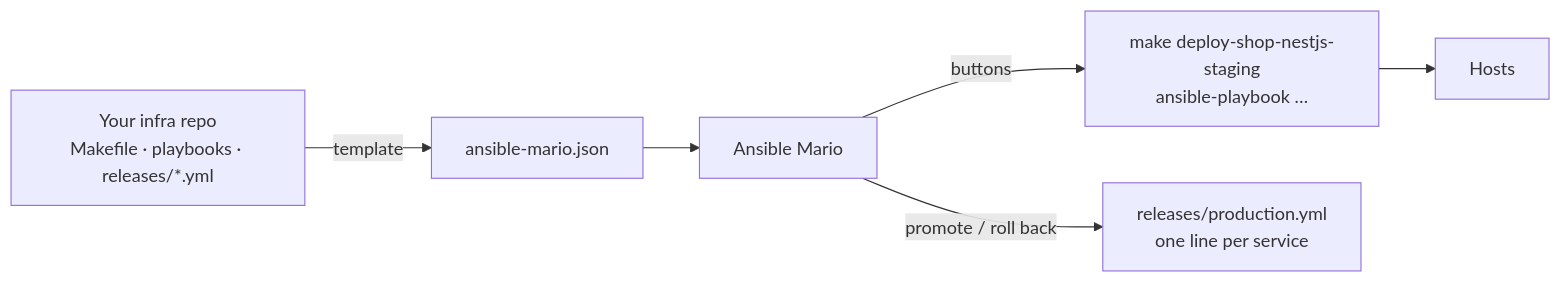
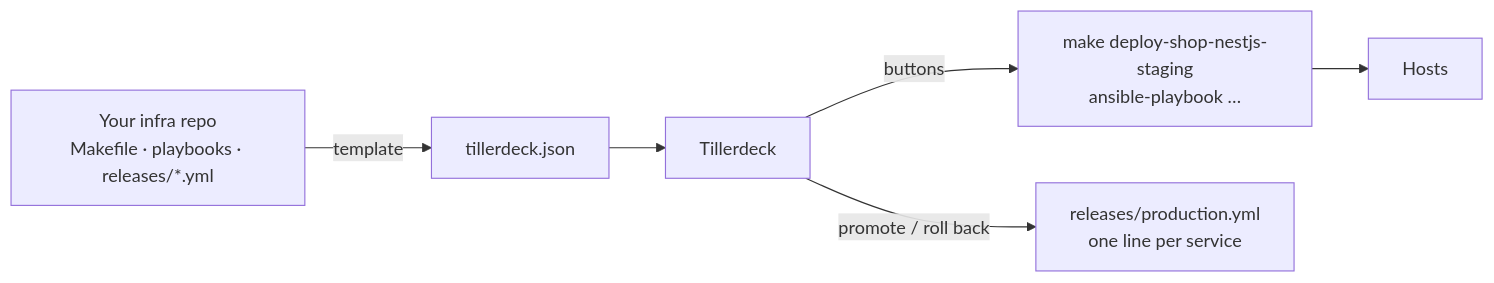
One commit to mariocosttaa/tillerdeck changed the diagram in README.md. Above: the diagram before and after it, drawn with Mermaid. The commit also changed other lines of this file and 31 other files, not shown here.

First line of the commit message:
refactor!: rename Ansible Mario to Tillerdeck (2.0.1)

````diff
--- a/README.md
+++ b/README.md
@@ -50,8 +57,8 @@
 ```mermaid
 flowchart LR
-  R[Your infra repo<br/>Makefile · playbooks · releases/*.yml] -->|template| M[ansible-mario.json]
-  M --> A[Ansible Mario]
+  R[Your infra repo<br/>Makefile · playbooks · releases/*.yml] -->|template| M[tillerdeck.json]
+  M --> A[Tillerdeck]
   A -->|buttons| C["make deploy-shop-nestjs-staging<br/>ansible-playbook …"]
   C --> H[Hosts]
   A -->|promote / roll back| REL[releases/production.yml<br/>one line per service]
 ```
````
